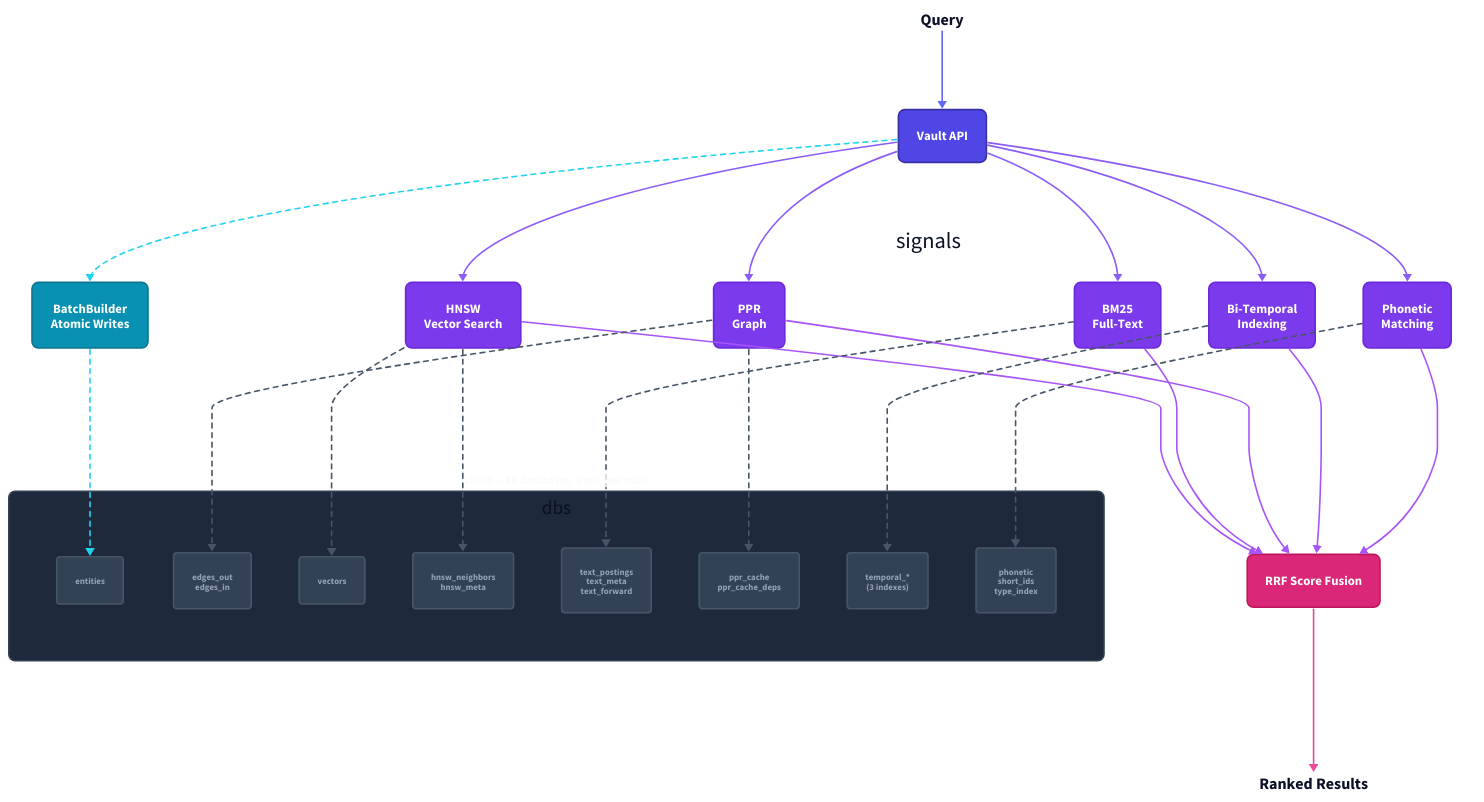
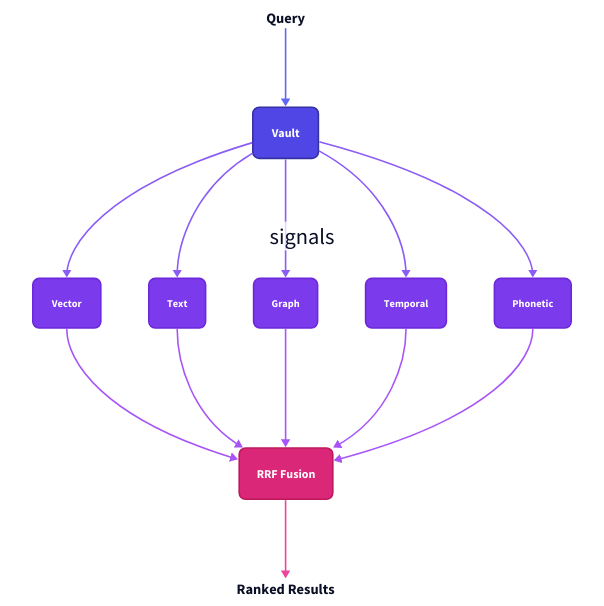
The diagram in docs/architecture.d2 (oneiron-dev/oneiron), drawn with D2 before and after one commit. The commit also changed 3 other files, not shown here.

First line of the commit message:
Simplify README and architecture diagram

```diff
--- a/docs/architecture.d2
+++ b/docs/architecture.d2
@@ -1,171 +1,88 @@
 direction: down
 
 query: Query {
   shape: text
-  style.font-size: 20
+  style.font-size: 18
   style.bold: true
 }
 
-vault: Vault API {
+vault: Vault {
   style.fill: "#4f46e5"
   style.font-color: "#ffffff"
   style.stroke: "#3730a3"
   style.border-radius: 8
-  style.font-size: 16
+  style.font-size: 15
   style.bold: true
 }
 
 signals: {
   style.fill: transparent
   style.stroke: transparent
 
-  vector: "HNSW\nVector Search" {
+  vector: Vector {
     style.fill: "#7c3aed"
     style.font-color: "#ffffff"
     style.stroke: "#6d28d9"
     style.border-radius: 8
+    style.font-size: 13
   }
-  bm25: "BM25\nFull-Text" {
+  text: Text {
     style.fill: "#7c3aed"
     style.font-color: "#ffffff"
     style.stroke: "#6d28d9"
     style.border-radius: 8
+    style.font-size: 13
   }
-  ppr: "PPR\nGraph" {
+  graph: Graph {
     style.fill: "#7c3aed"
     style.font-color: "#ffffff"
     style.stroke: "#6d28d9"
     style.border-radius: 8
+    style.font-size: 13
   }
-  temporal: "Bi-Temporal\nIndexing" {
+  temporal: Temporal {
     style.fill: "#7c3aed"
     style.font-color: "#ffffff"
     style.stroke: "#6d28d9"
     style.border-radius: 8
+    style.font-size: 13
   }
-  phonetic: "Phonetic\nMatching" {
+  phonetic: Phonetic {
     style.fill: "#7c3aed"
     style.font-color: "#ffffff"
     style.stroke: "#6d28d9"
     style.border-radius: 8
+    style.font-size: 13
   }
 }
 
-fusion: "RRF Score Fusion" {
+fusion: RRF Fusion {
   style.fill: "#db2777"
   style.font-color: "#ffffff"
   style.stroke: "#be185d"
   style.border-radius: 8
-  style.font-size: 16
+  style.font-size: 15
   style.bold: true
 }
 
-batch: "BatchBuilder\nAtomic Writes" {
-  style.fill: "#0891b2"
-  style.font-color: "#ffffff"
-  style.stroke: "#0e7490"
-  style.border-radius: 8
-}
-
-lmdb: "LMDB — 18 databases, 1 env per vault" {
-  style.fill: "#1e293b"
-  style.font-color: "#f8fafc"
-  style.stroke: "#334155"
-  style.border-radius: 8
-  style.font-size: 14
-  style.bold: true
-
-  dbs: {
-    style.fill: transparent
-    style.stroke: transparent
-
-    entities: entities {
-      style.fill: "#334155"
-      style.font-color: "#94a3b8"
-      style.stroke: "#475569"
-      style.border-radius: 4
-      style.font-size: 11
-    }
-    edges: "edges_out\nedges_in" {
-      style.fill: "#334155"
-      style.font-color: "#94a3b8"
-      style.stroke: "#475569"
-      style.border-radius: 4
-      style.font-size: 11
-    }
-    vectors: vectors {
-      style.fill: "#334155"
-      style.font-color: "#94a3b8"
-      style.stroke: "#475569"
-      style.border-radius: 4
-      style.font-size: 11
-    }
-    hnsw: "hnsw_neighbors\nhnsw_meta" {
-      style.fill: "#334155"
-      style.font-color: "#94a3b8"
-      style.stroke: "#475569"
-      style.border-radius: 4
-      style.font-size: 11
-    }
-    text: "text_postings\ntext_meta\ntext_forward" {
-      style.fill: "#334155"
-      style.font-color: "#94a3b8"
-      style.stroke: "#475569"
-      style.border-radius: 4
-      style.font-size: 11
-    }
-    ppr: "ppr_cache\nppr_cache_deps" {
-      style.fill: "#334155"
-      style.font-color: "#94a3b8"
-      style.stroke: "#475569"
-      style.border-radius: 4
-      style.font-size: 11
-    }
-    temporal: "temporal_*\n(3 indexes)" {
-      style.fill: "#334155"
-      style.font-color: "#94a3b8"
-      style.stroke: "#475569"
-      style.border-radius: 4
-      style.font-size: 11
-    }
-    other: "phonetic\nshort_ids\ntype_index" {
-      style.fill: "#334155"
-      style.font-color: "#94a3b8"
-      style.stroke: "#475569"
-      style.border-radius: 4
-      style.font-size: 11
-    }
-  }
-}
-
-results: "Ranked Results" {
+results: Ranked Results {
   shape: text
-  style.font-size: 20
+  style.font-size: 18
   style.bold: true
 }
 
 query -> vault: {style.stroke: "#6366f1"; style.stroke-width: 2}
+
 vault -> signals.vector: {style.stroke: "#8b5cf6"; style.stroke-width: 2}
-vault -> signals.bm25: {style.stroke: "#8b5cf6"; style.stroke-width: 2}
-vault -> signals.ppr: {style.stroke: "#8b5cf6"; style.stroke-width: 2}
+vault -> signals.text: {style.stroke: "#8b5cf6"; style.stroke-width: 2}
+vault -> signals.graph: {style.stroke: "#8b5cf6"; style.stroke-width: 2}
 vault -> signals.temporal: {style.stroke: "#8b5cf6"; style.stroke-width: 2}
 vault -> signals.phonetic: {style.stroke: "#8b5cf6"; style.stroke-width: 2}
 
 signals.vector -> fusion: {style.stroke: "#a855f7"; style.stroke-width: 2}
-signals.bm25 -> fusion: {style.stroke: "#a855f7"; style.stroke-width: 2}
-signals.ppr -> fusion: {style.stroke: "#a855f7"; style.stroke-width: 2}
+signals.text -> fusion: {style.stroke: "#a855f7"; style.stroke-width: 2}
+signals.graph -> fusion: {style.stroke: "#a855f7"; style.stroke-width: 2}
 signals.temporal -> fusion: {style.stroke: "#a855f7"; style.stroke-width: 2}
 signals.phonetic -> fusion: {style.stroke: "#a855f7"; style.stroke-width: 2}
 
 fusion -> results: {style.stroke: "#ec4899"; style.stroke-width: 2}
-
-vault -> batch: {style.stroke: "#22d3ee"; style.stroke-width: 2; style.stroke-dash: 3}
-
-signals.vector -> lmdb.dbs.vectors: {style.stroke: "#475569"; style.stroke-dash: 3}
-signals.vector -> lmdb.dbs.hnsw: {style.stroke: "#475569"; style.stroke-dash: 3}
-signals.bm25 -> lmdb.dbs.text: {style.stroke: "#475569"; style.stroke-dash: 3}
-signals.ppr -> lmdb.dbs.ppr: {style.stroke: "#475569"; style.stroke-dash: 3}
-signals.ppr -> lmdb.dbs.edges: {style.stroke: "#475569"; style.stroke-dash: 3}
-signals.temporal -> lmdb.dbs.temporal: {style.stroke: "#475569"; style.stroke-dash: 3}
-signals.phonetic -> lmdb.dbs.other: {style.stroke: "#475569"; style.stroke-dash: 3}
-batch -> lmdb.dbs.entities: {style.stroke: "#22d3ee"; style.stroke-dash: 3}
```
